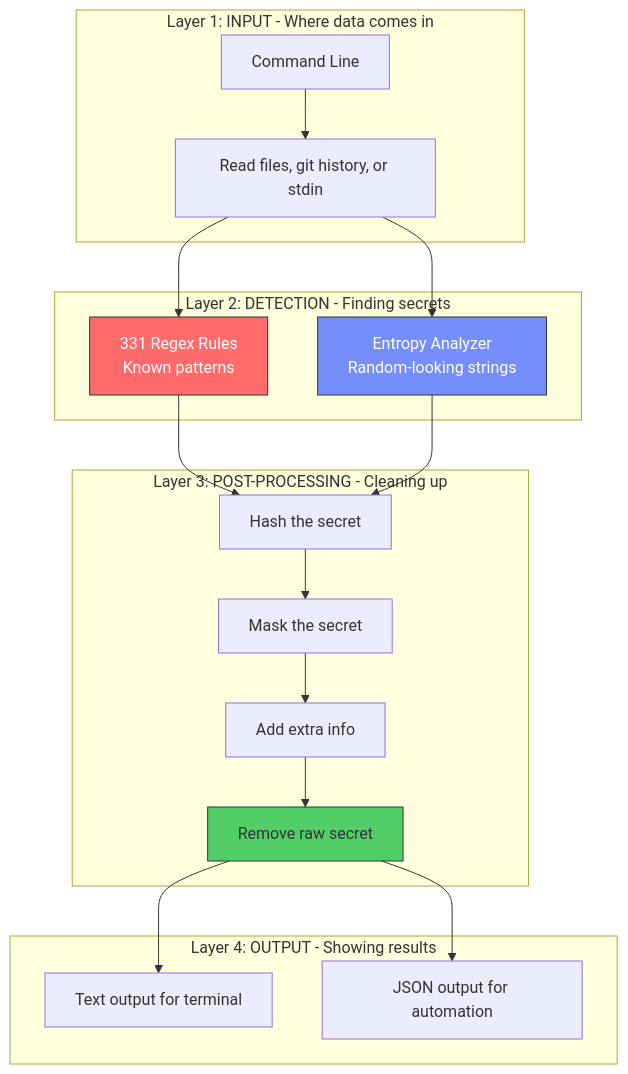
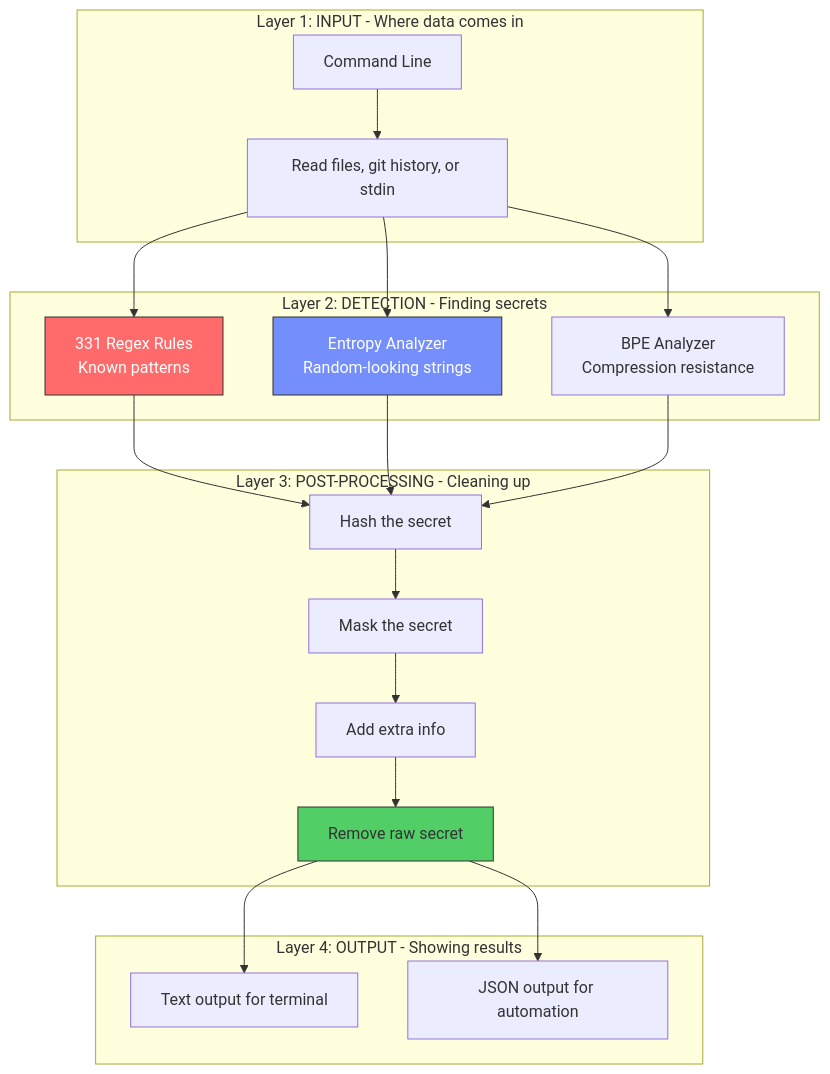
The first of 30 diagrams in docs/training/00-System-Design-Simplified.md (svemulapati/CredVigil), drawn with Mermaid before and after one commit. The commit also changed other lines of this file and 8 other files, not shown here.

````diff
--- a/docs/training/00-System-Design-Simplified.md
+++ b/docs/training/00-System-Design-Simplified.md
@@ -65,31 +65,32 @@
 ```mermaid
 graph TD
     subgraph "Layer 1: INPUT - Where data comes in"
         A["Command Line"] --> B["Read files, git history, or stdin"]
     end
 
     subgraph "Layer 2: DETECTION - Finding secrets"
         C["331 Regex Rules<br/>Known patterns"]
         D["Entropy Analyzer<br/>Random-looking strings"]
+        D2["BPE Analyzer<br/>Compression resistance"]
     end
 
     subgraph "Layer 3: POST-PROCESSING - Cleaning up"
         E["Hash the secret"]
         F["Mask the secret"]
         G["Add extra info"]
         H["Remove raw secret"]
     end
 
     subgraph "Layer 4: OUTPUT - Showing results"
         I["Text output for terminal"]
         J["JSON output for automation"]
     end
 
-    B --> C & D
-    C & D --> E --> F --> G --> H
+    B --> C & D & D2
+    C & D & D2 --> E --> F --> G --> H
     H --> I & J
 
     style C fill:#ff6b6b,stroke:#333,color:#fff
     style D fill:#748ffc,stroke:#333,color:#fff
     style H fill:#51cf66,stroke:#333
 ```
````
